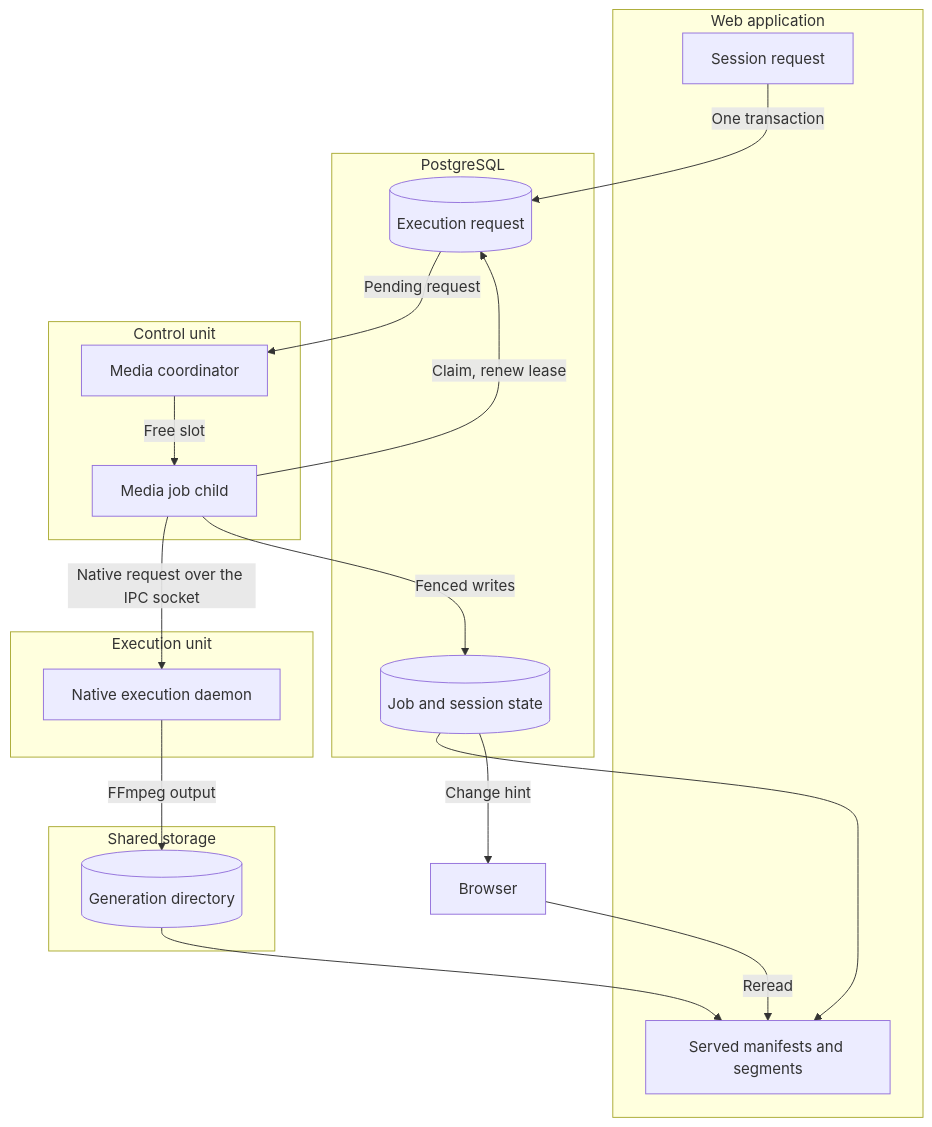
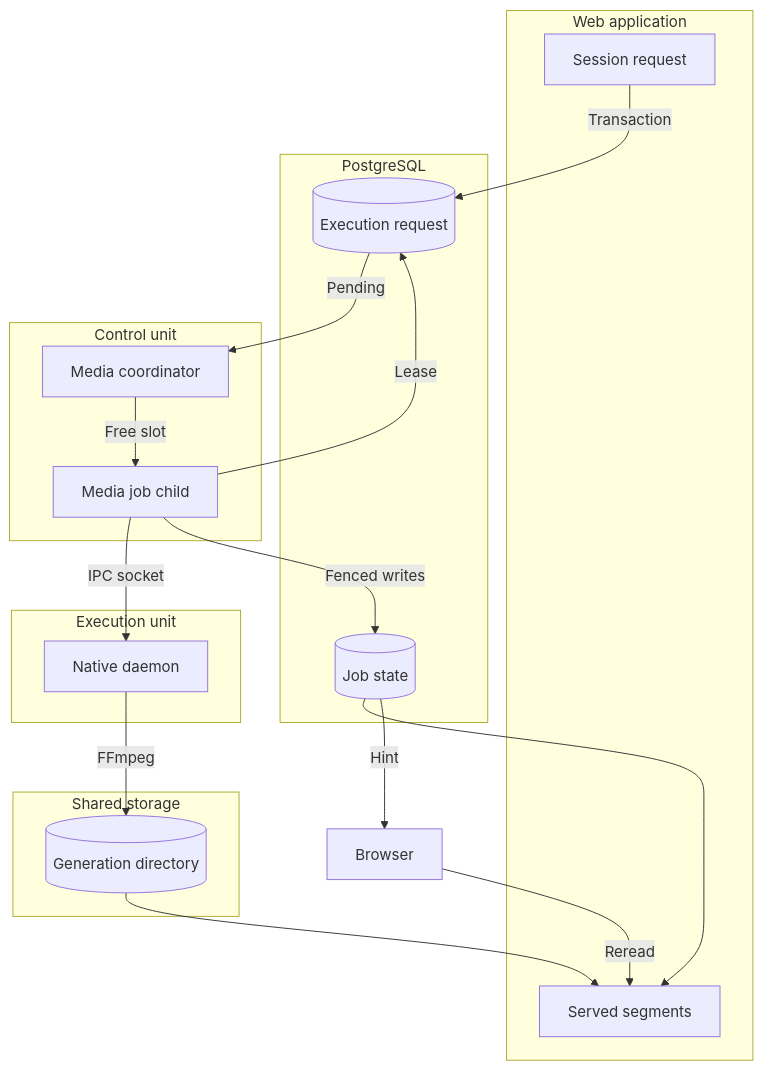
Before and after one commit to baander-app/baander: the diagram in docs-book/part-2-developer-guide/contexts/transcode.md, drawn with Mermaid. The commit also changed 5 other files, not shown here.

Commit message:
docs: shorten Mermaid node and edge labels for readability

````diff
--- a/docs-book/part-2-developer-guide/contexts/transcode.md
+++ b/docs-book/part-2-developer-guide/contexts/transcode.md
@@ -9,32 +9,32 @@
 ```mermaid
 flowchart TD
     accTitle: From a session request to served segments
     accDescr: The web request commits the transcode session and its execution request in PostgreSQL. The control unit claims the request when a media job slot is free and sends bounded native requests to the execution unit over the private IPC socket. FFmpeg writes the generation directory on shared storage, the child persists job state with fenced writes, the web application serves the published files and the browser rereads after a change hint.
     subgraph web[Web application]
         request[Session request]
-        delivery[Served manifests and segments]
+        delivery[Served segments]
     end
     subgraph pg[PostgreSQL]
         runtime[(Execution request)]
-        jobs[(Job and session state)]
+        jobs[(Job state)]
     end
     subgraph control[Control unit]
         coordinator[Media coordinator] -->|Free slot| child[Media job child]
     end
     subgraph execution[Execution unit]
-        daemon[Native execution daemon]
+        daemon[Native daemon]
     end
     subgraph storage[Shared storage]
         generation[(Generation directory)]
     end
-    request -->|One transaction| runtime
-    runtime -->|Pending request| coordinator
-    child -->|Claim, renew lease| runtime
-    child -->|Native request over the IPC socket| daemon
-    daemon -->|FFmpeg output| generation
+    request -->|Transaction| runtime
+    runtime -->|Pending| coordinator
+    child -->|Lease| runtime
+    child -->|IPC socket| daemon
+    daemon -->|FFmpeg| generation
     child -->|Fenced writes| jobs
     generation --> delivery
     jobs --> delivery
-    jobs -->|Change hint| browser[Browser]
+    jobs -->|Hint| browser[Browser]
     browser -->|Reread| delivery
 ```
````
